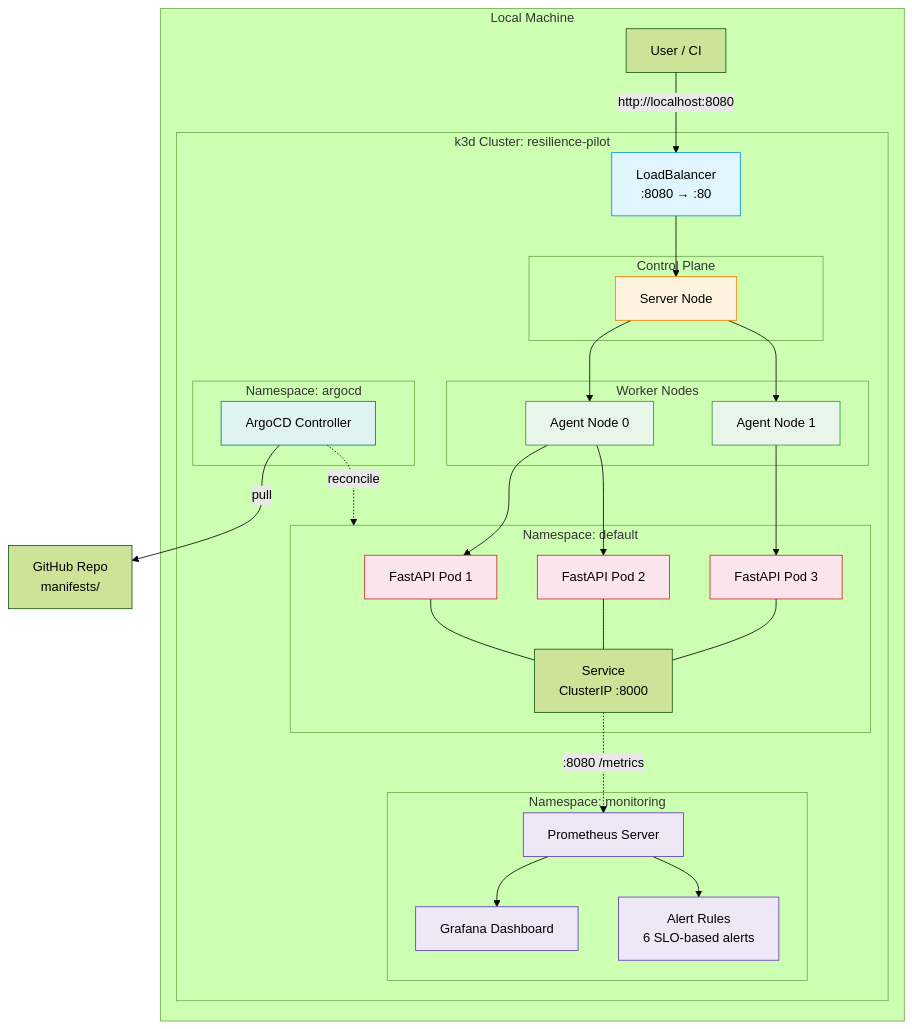
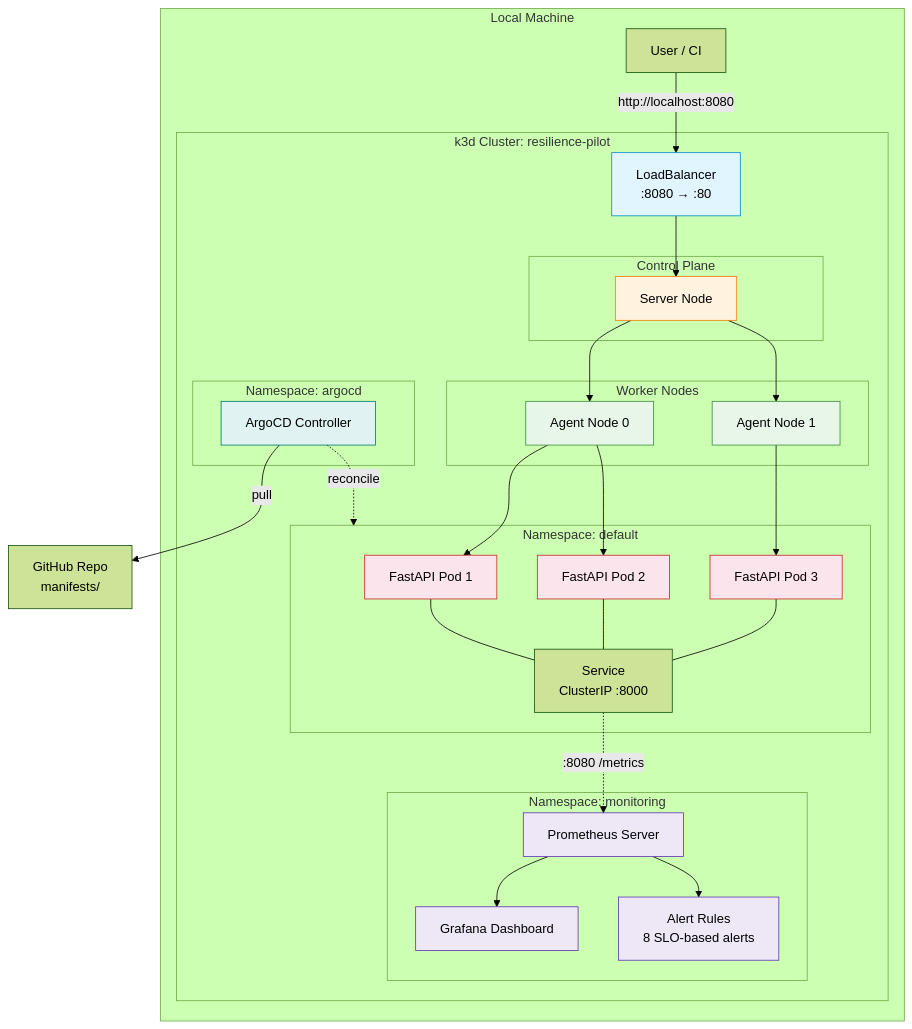
Before and after one commit to AngelP17/Governor: the first of 3 diagrams in README.md, drawn with Mermaid (forest theme). The commit also changed other lines of this file and 15 other files, not shown here.

````diff
--- a/README.md
+++ b/README.md
@@ -17,57 +17,57 @@
 ```mermaid
 graph TB
     subgraph LocalHost["Local Machine"]
         User["User / CI"]
         subgraph k3d["k3d Cluster: resilience-pilot"]
             LB["LoadBalancer<br/>:8080 → :80"]
             subgraph CP["Control Plane"]
                 S1["Server Node"]
             end
             subgraph WN["Worker Nodes"]
                 A1["Agent Node 0"]
                 A2["Agent Node 1"]
             end
             subgraph NS["Namespace: default"]
                 P1["FastAPI Pod 1"]
                 P2["FastAPI Pod 2"]
                 P3["FastAPI Pod 3"]
                 SVC["Service<br/>ClusterIP :8000"]
             end
             subgraph Mon["Namespace: monitoring"]
                 PROM["Prometheus Server"]
                 GRAF["Grafana Dashboard"]
-                ALERTS["Alert Rules<br/>6 SLO-based alerts"]
+                ALERTS["Alert Rules<br/>8 SLO-based alerts"]
             end
             subgraph GitNS["Namespace: argocd"]
                 ARGO["ArgoCD Controller"]
             end
             LB --> S1
             S1 --> A1
             S1 --> A2
             A1 --> P1
             A1 --> P2
             A2 --> P3
             P1 --- SVC
             P2 --- SVC
             P3 --- SVC
             SVC -.->|":8080 /metrics"| PROM
             PROM --> GRAF
             PROM --> ALERTS
             ARGO -.->|"reconcile"| NS
         end
     end
     User -->|"http://localhost:8080"| LB
     ARGO -->|"pull"| GH["GitHub Repo<br/>manifests/"]
 
     style LB fill:#e1f5fe,stroke:#0288d1
     style S1 fill:#fff3e0,stroke:#f57c00
     style A1 fill:#e8f5e9,stroke:#388e3c
     style A2 fill:#e8f5e9,stroke:#388e3c
     style P1 fill:#fce4ec,stroke:#c62828
     style P2 fill:#fce4ec,stroke:#c62828
     style P3 fill:#fce4ec,stroke:#c62828
     style PROM fill:#ede7f6,stroke:#5e35b1
     style GRAF fill:#ede7f6,stroke:#5e35b1
     style ALERTS fill:#ede7f6,stroke:#5e35b1
     style ARGO fill:#e0f2f1,stroke:#00796b
 ```
````
